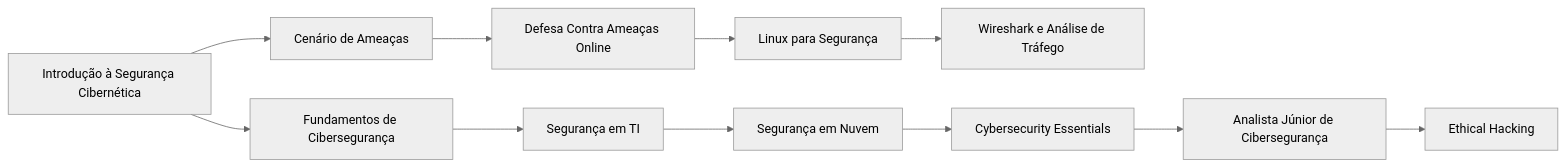
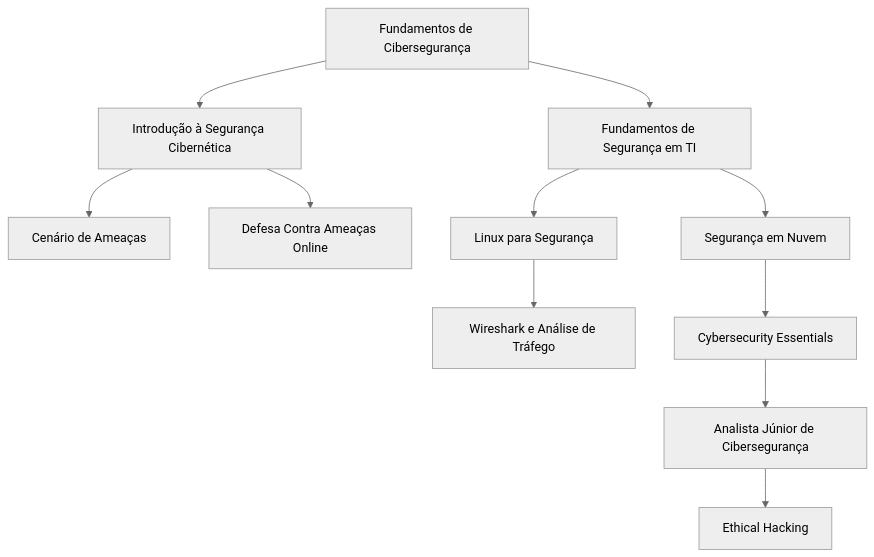
The diagram in fundamentos/README.md (socialhiveconnect/Seg.Info), drawn with Mermaid (neutral theme) before and after one commit.

Commit message:
README.md

````diff
--- a/fundamentos/README.md
+++ b/fundamentos/README.md
@@ -11,25 +11,23 @@
 ```mermaid
-  graph LR;
-      A[Introdução à Segurança Cibernética]-->B[Cenário de Ameaças];
-      A-->C[Fundamentos de Cibersegurança];
-      B-->D[Defesa Contra Ameaças Online];
-      C-->E[Segurança em TI];
-      E-->F[Segurança em Nuvem];
-      D-->G[Linux para Segurança];
+    graph TD;
+      A[Fundamentos de Cibersegurança]-->B[Introdução à Segurança Cibernética];
+      A-->C[Fundamentos de Segurança em TI];
+      B-->D[Cenário de Ameaças];
+      B-->E[Defesa Contra Ameaças Online];
+      C-->F[Segurança em Nuvem];
+      C-->G[Linux para Segurança];
       G-->H[Wireshark e Análise de Tráfego];
       F-->I[Cybersecurity Essentials];
       I-->J[Analista Júnior de Cibersegurança];
       J-->K[Ethical Hacking];
-      
-      click A "https://www.netacad.com/courses/intro-cybersecurity"
-      click B "https://www.cyberdefense.com/threat-landscape"
-      click C "https://www.ibm.com/skillsbuild"
-      click D "https://www.academiaforensedigital.com/curso-ciberseguranca"
-      click E "https://www.ev.org.br/cursos/seguranca-em-tecnologia-da-informacao"
-      click F "https://beacon.paloaltonetworks.com/student/path/491502"
+
+      click B "https://www.netacad.com/courses/intro-cybersecurity"
+      click D "https://www.cyberdefense.com/threat-landscape"
+      click E "https://www.academiaforensedigital.com/curso-ciberseguranca"
+      click F "https://www.ev.org.br/cursos/seguranca-em-tecnologia-da-informacao"
       click G "https://www.fiap.com.br/educacao-a-distancia"
       click H "https://www.udemy.com/course/wireshark-analisando-trafego"
       click I "https://www.netacad.com/courses/cybersecurity-essentials"
       click J "https://www.netacad.com/courses/junior-cybersecurity-analyst"
       click K "https://www.netacad.com/courses/ethical-hacker"
 ```
````
